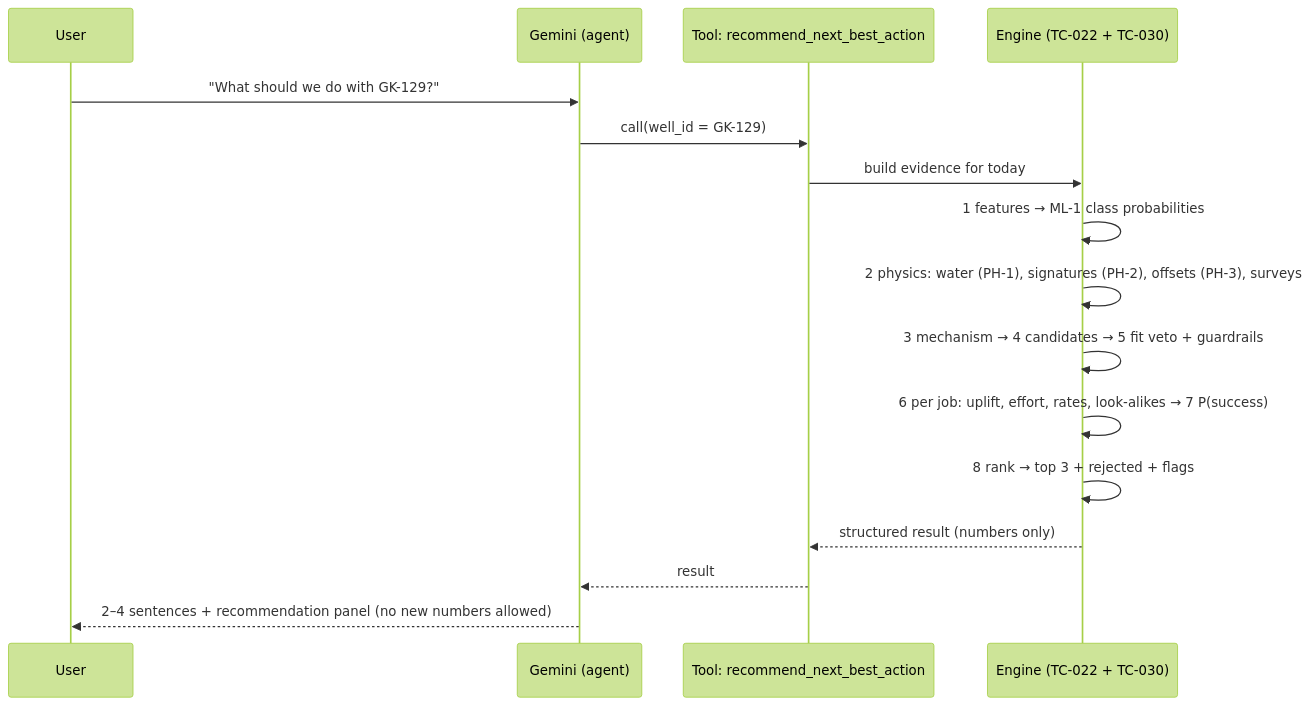
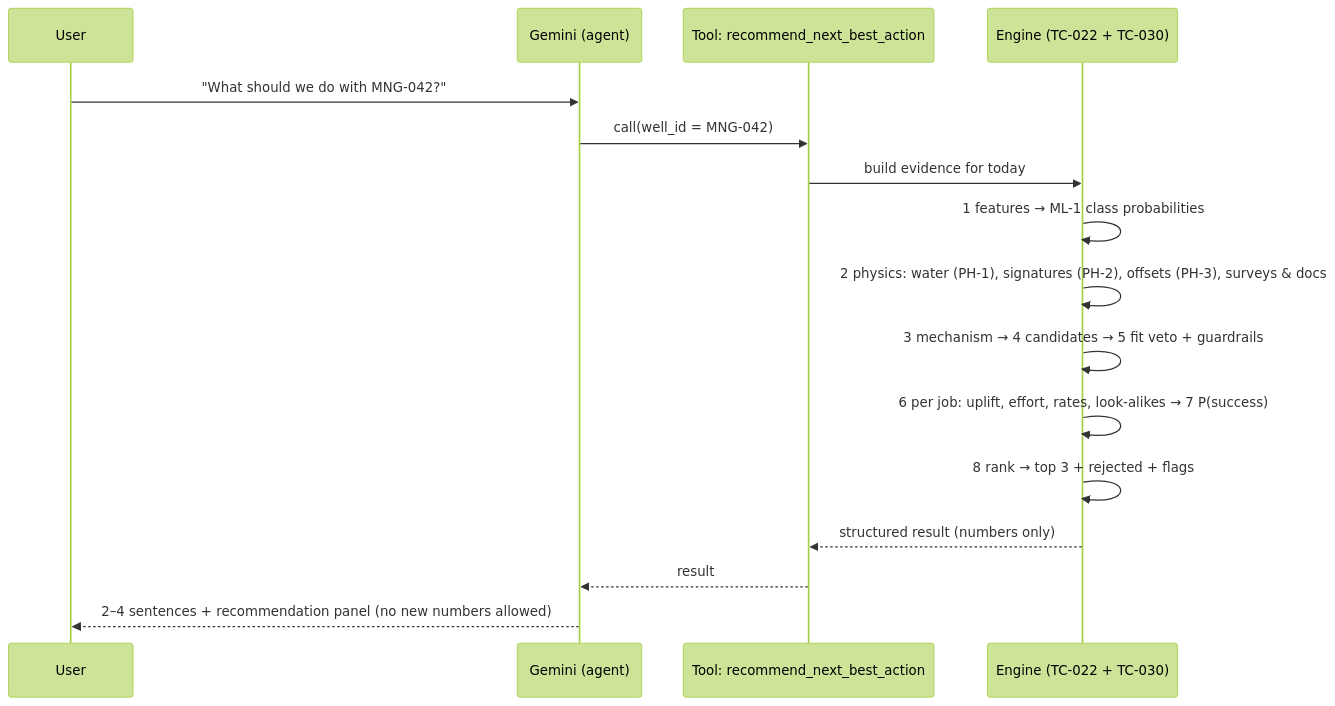
The second of 5 diagrams in docs/ml_recommendation_engine.md (amandeepsinghs-cyber/urvi-cairn-barmer), drawn with Mermaid (forest theme) before and after one commit. The commit also changed other lines of this file and 405 other files, not shown here.

````diff
--- a/docs/ml_recommendation_engine.md
+++ b/docs/ml_recommendation_engine.md
@@ -159,18 +161,18 @@
 ```mermaid
 sequenceDiagram
   participant U as User
   participant G as Gemini (agent)
   participant T as Tool: recommend_next_best_action
   participant E as Engine (TC-022 + TC-030)
-  U->>G: "What should we do with GK-129?"
-  G->>T: call(well_id = GK-129)
+  U->>G: "What should we do with MNG-042?"
+  G->>T: call(well_id = MNG-042)
   T->>E: build evidence for today
   E->>E: 1 features → ML-1 class probabilities
-  E->>E: 2 physics: water (PH-1), signatures (PH-2), offsets (PH-3), surveys
+  E->>E: 2 physics: water (PH-1), signatures (PH-2), offsets (PH-3), surveys & docs
   E->>E: 3 mechanism → 4 candidates → 5 fit veto + guardrails
   E->>E: 6 per job: uplift, effort, rates, look-alikes → 7 P(success)
   E->>E: 8 rank → top 3 + rejected + flags
   E-->>T: structured result (numbers only)
   T-->>G: result
   G-->>U: 2–4 sentences + recommendation panel (no new numbers allowed)
 ```
````
